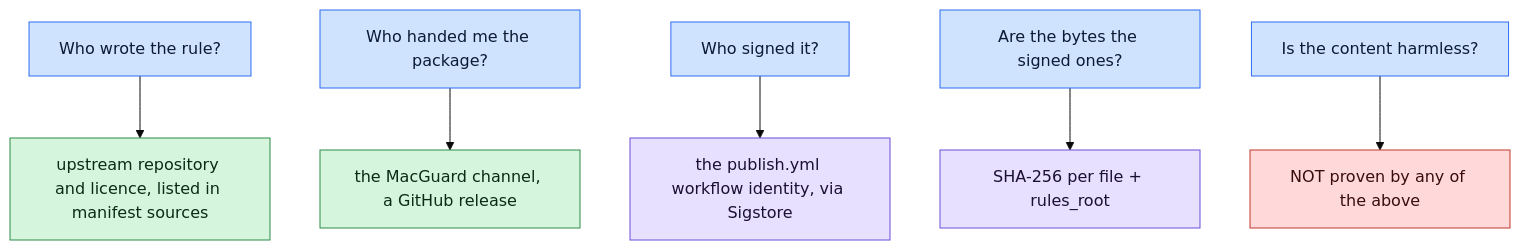
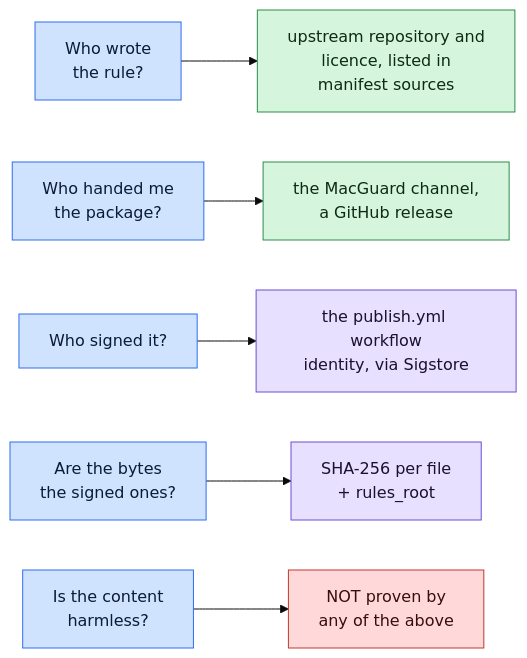
One commit to MacGuard/macguard-yara-channel changed the diagram in docs/wiki/diagrams/trust-questions.mmd. Above: the diagram before and after it, drawn with Mermaid (base theme). The commit also changed 120 other files, not shown here.

```diff
--- a/docs/wiki/diagrams/trust-questions.mmd
+++ b/docs/wiki/diagrams/trust-questions.mmd
@@ -1,10 +1,10 @@
-flowchart TB
-  Q1["Who wrote the rule?"]:::src --> A1["upstream repository and licence, listed in manifest sources"]:::val
-  Q2["Who handed me the package?"]:::src --> A2["the MacGuard channel, a GitHub release"]:::val
-  Q3["Who signed it?"]:::src --> A3["the publish.yml workflow identity, via Sigstore"]:::sec
-  Q4["Are the bytes the signed ones?"]:::src --> A4["SHA-256 per file + rules_root"]:::sec
-  Q5["Is the content harmless?"]:::src --> A5["NOT proven by any of the above"]:::bad
+flowchart LR
+  Q1["Who wrote<br/>the rule?"]:::src --> A1["upstream repository and<br/>licence, listed in<br/>manifest sources"]:::val
+  Q2["Who handed me<br/>the package?"]:::src --> A2["the MacGuard channel,<br/>a GitHub release"]:::val
+  Q3["Who signed it?"]:::src --> A3["the publish.yml workflow<br/>identity, via Sigstore"]:::sec
+  Q4["Are the bytes<br/>the signed ones?"]:::src --> A4["SHA-256 per file<br/>+ rules_root"]:::sec
+  Q5["Is the content<br/>harmless?"]:::src --> A5["NOT proven by<br/>any of the above"]:::bad
   classDef src fill:#cfe3ff,stroke:#2f6df0,color:#0b1b33
   classDef val fill:#d6f5dd,stroke:#2e8b4a,color:#0c2a16
   classDef sec fill:#e8e0ff,stroke:#6b4fd8,color:#1a1033
   classDef bad fill:#ffd9d9,stroke:#c0392b,color:#3a0d0d
```
